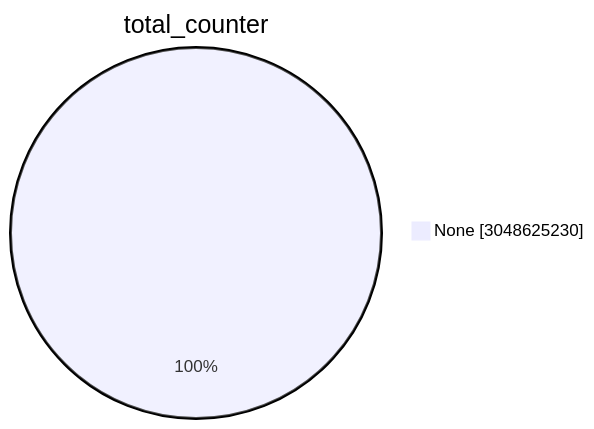
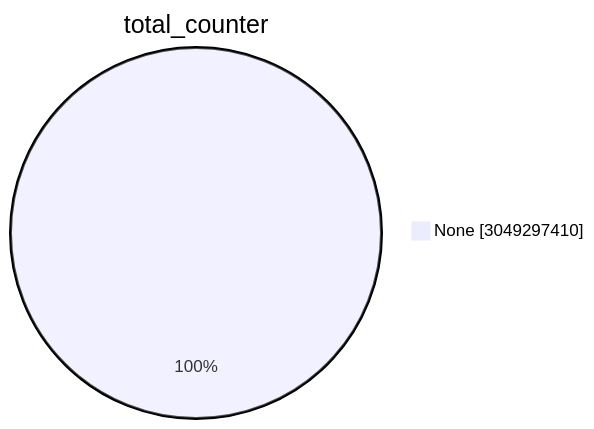
The first of 15 diagrams in TOTAL/README.md (christiankrug/ctmonitor_visualization), drawn with Mermaid before and after one commit. The commit also changed other lines of this file, not shown here.

````diff
--- a/TOTAL/README.md
+++ b/TOTAL/README.md
@@ -1,5 +1,5 @@
 ```mermaid
 pie showData
 title total_counter
-"None" :3048625230
+"None" :3049297410
 ```
````
